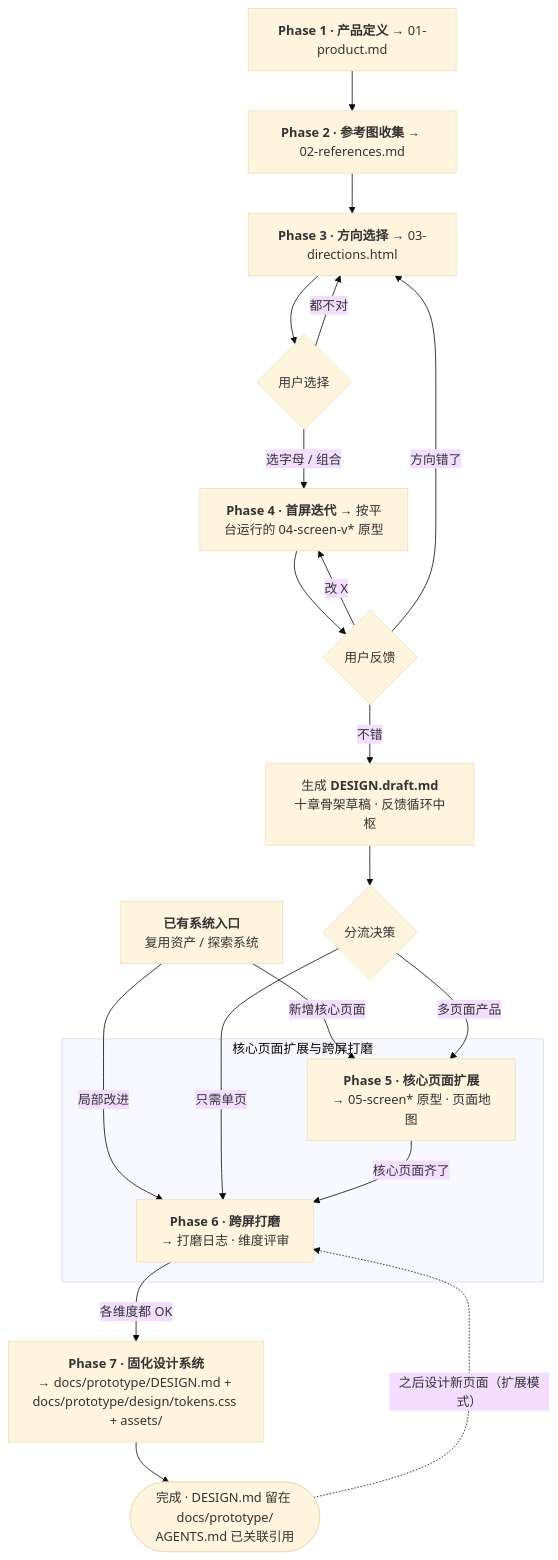
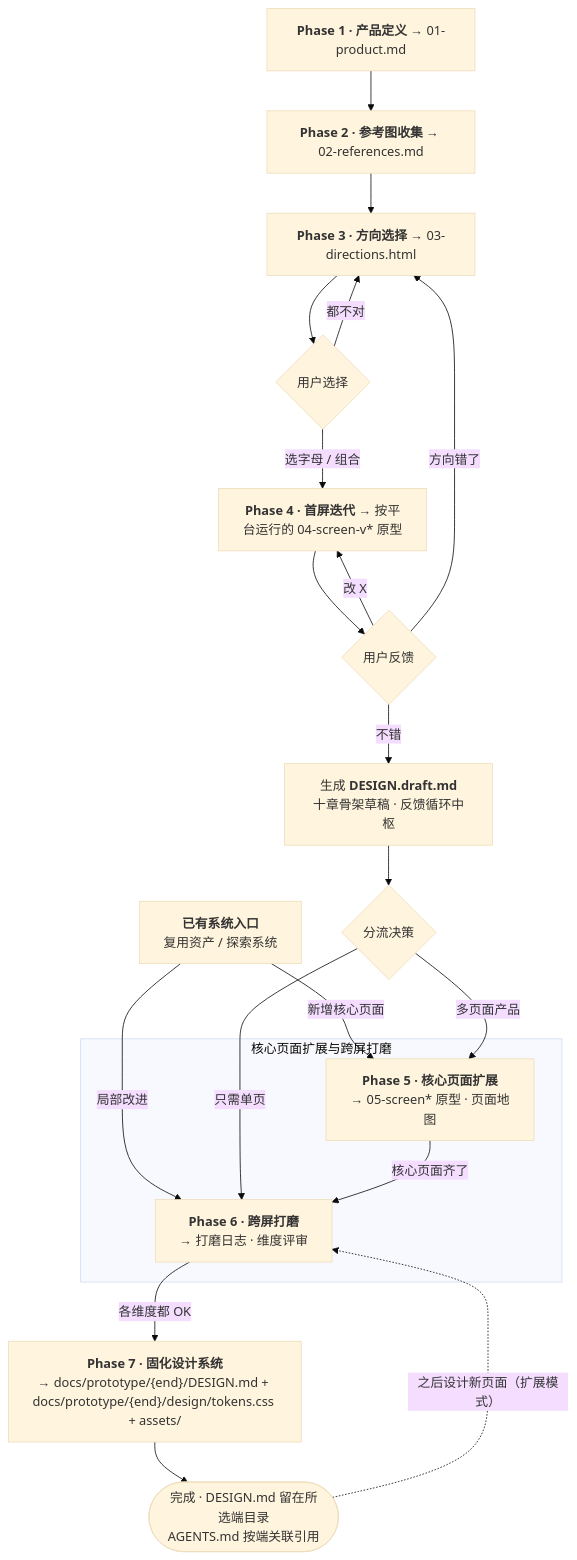
Before and after one commit to manzusaka/dev-flow-skills: the diagram in skills/design/zero-to-design/README.md, drawn with Mermaid (base theme). The commit also changed other lines of this file and 9 other files, not shown here.

````diff
--- a/skills/design/zero-to-design/README.md
+++ b/skills/design/zero-to-design/README.md
@@ -20,33 +20,33 @@
 ```mermaid
 flowchart TD
     Existing["<b>已有系统入口</b><br/>复用资产 / 探索系统"]
     P1["<b>Phase 1 · 产品定义</b> → 01-product.md"]
     P2["<b>Phase 2 · 参考图收集</b> → 02-references.md"]
     P3["<b>Phase 3 · 方向选择</b> → 03-directions.html"]
     P4["<b>Phase 4 · 首屏迭代</b> → 按平台运行的 04-screen-v* 原型"]
     Draft["生成 <b>DESIGN.draft.md</b><br/>十章骨架草稿 · 反馈循环中枢"]
-    P7["<b>Phase 7 · 固化设计系统</b><br/>→ docs/prototype/DESIGN.md + docs/prototype/design/tokens.css + assets/"]
+    P7["<b>Phase 7 · 固化设计系统</b><br/>→ docs/prototype/{end}/DESIGN.md + docs/prototype/{end}/design/tokens.css + assets/"]
 
     subgraph OPT["核心页面扩展与跨屏打磨"]
         P5["<b>Phase 5 · 核心页面扩展</b><br/>→ 05-screen* 原型 · 页面地图"]
         P6["<b>Phase 6 · 跨屏打磨</b><br/>→ 打磨日志 · 维度评审"]
     end
 
     Existing -->|新增核心页面| P5
     Existing -->|局部改进| P6
     P1 --> P2 --> P3
     P3 --> C1{用户选择}
     C1 -->|选字母 / 组合| P4
     C1 -->|都不对| P3
     P4 --> C2{用户反馈}
     C2 -->|改 X| P4
     C2 -->|方向错了| P3
     C2 -->|不错| Draft
     Draft --> C3{分流决策}
     C3 -->|多页面产品| P5
     C3 -->|只需单页| P6
     P5 -->|核心页面齐了| P6
     P6 -->|各维度都 OK| P7
-    P7 --> Done(["完成 · DESIGN.md 留在 docs/prototype/<br/>AGENTS.md 已关联引用"])
+    P7 --> Done(["完成 · DESIGN.md 留在所选端目录<br/>AGENTS.md 按端关联引用"])
     Done -.->|之后设计新页面（扩展模式）| P6
 ```
````
